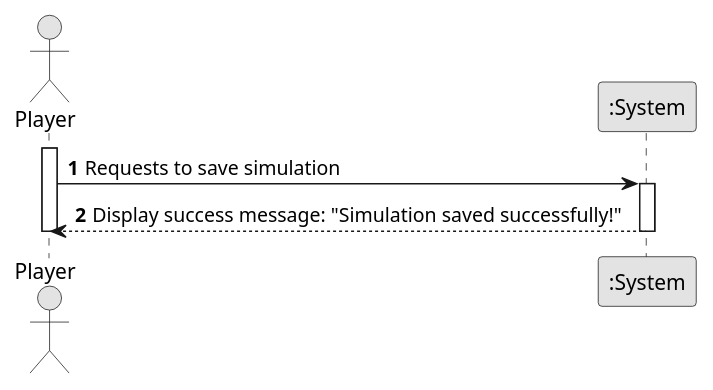
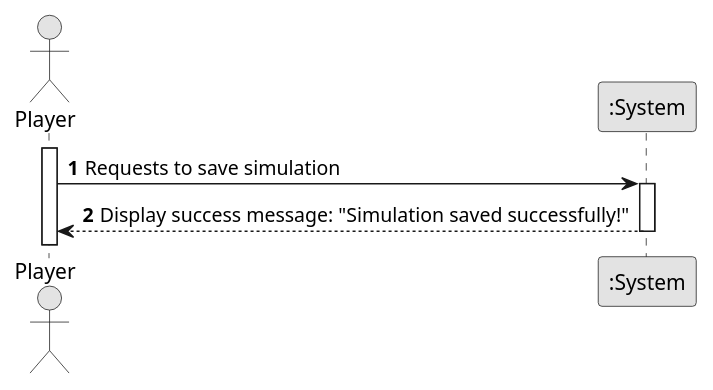
One commit to ivasduarte/all-aboard changed the diagram in docs/sprint3/us023/01.requirements-engineering/puml/us023-system-sequence-diagram.puml. Above: the diagram before and after it, drawn with PlantUML. The commit also changed 2 other files, not shown here.

```diff
--- a/docs/sprint3/us023/01.requirements-engineering/puml/us023-system-sequence-diagram.puml
+++ b/docs/sprint3/us023/01.requirements-engineering/puml/us023-system-sequence-diagram.puml
@@ -1,21 +1,19 @@
 @startuml
 skinparam monochrome true
 skinparam packageStyle rectangle
 skinparam shadowing false
 
 autonumber
 
 actor "Player" as player
 participant ":System" as sys
 
 activate player
 
 player -> sys : Requests to save simulation
 activate sys
 
 sys --> player : Display success message: "Simulation saved successfully!"
 deactivate sys
 
-deactivate player
-
 @enduml
```
